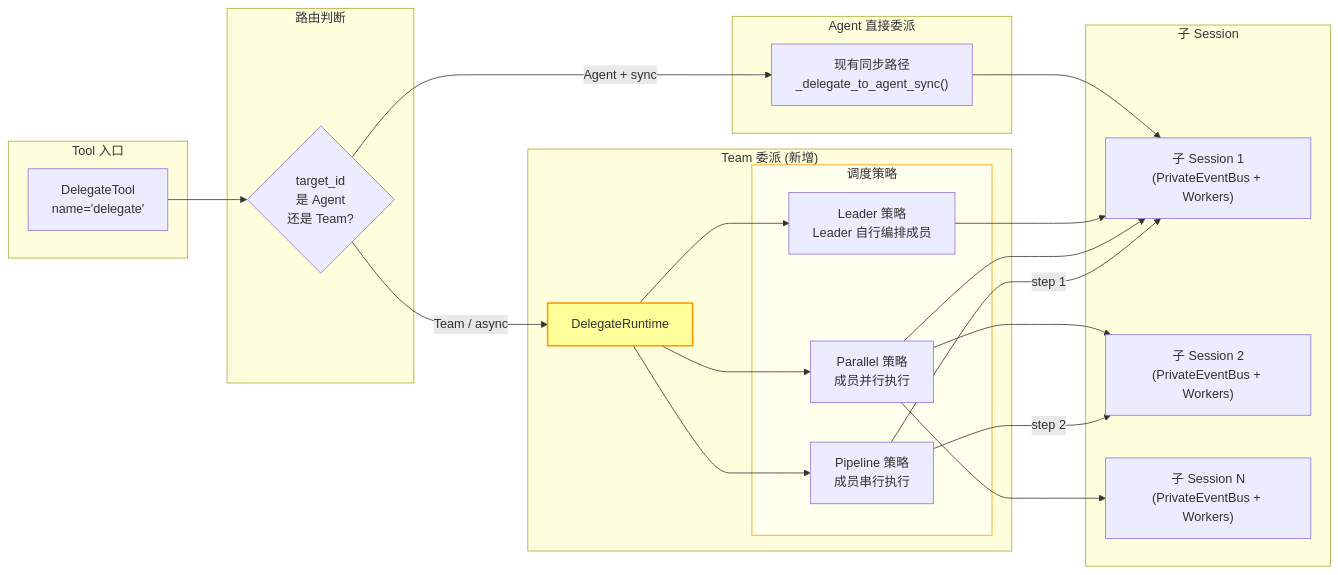
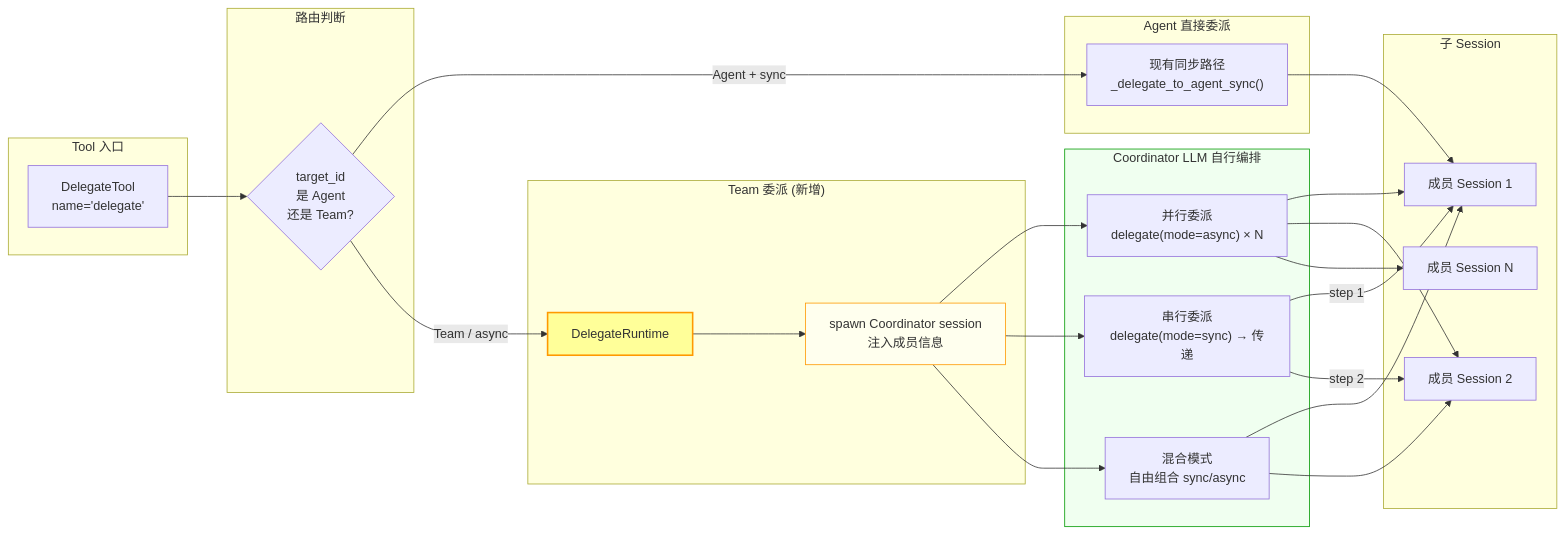
The second of 6 diagrams in docs/architecture/multi-agent-team-diagrams.md (SenseTime-FVG/sensenova-claw), drawn with Mermaid before and after one commit. The commit also changed other lines of this file and 1 other file, not shown here.

First line of the commit message:
docs: unify team delegation to single Coordinator model

````diff
--- a/docs/architecture/multi-agent-team-diagrams.md
+++ b/docs/architecture/multi-agent-team-diagrams.md
@@ -96,46 +112,51 @@
 ```mermaid
 graph LR
     subgraph 入口["Tool 入口"]
         DT["DelegateTool<br/>name='delegate'"]
     end
 
     subgraph 路由["路由判断"]
         R{"target_id<br/>是 Agent<br/>还是 Team?"}
     end
 
     subgraph Agent委派["Agent 直接委派"]
         AS["现有同步路径<br/>_delegate_to_agent_sync()"]
     end
 
     subgraph Team委派["Team 委派 (新增)"]
         DR["DelegateRuntime"]
-        subgraph 策略["调度策略"]
-            LS["Leader 策略<br/>Leader 自行编排成员"]
-            PS["Parallel 策略<br/>成员并行执行"]
-            PPS["Pipeline 策略<br/>成员串行执行"]
-        end
+        CO["spawn Coordinator session<br/>注入成员信息"]
+    end
+
+    subgraph Coordinator决策["Coordinator LLM 自行编排"]
+        PA["并行委派<br/>delegate(mode=async) × N"]
+        SE["串行委派<br/>delegate(mode=sync) → 传递"]
+        MX["混合模式<br/>自由组合 sync/async"]
     end
 
     subgraph 子Session["子 Session"]
-        CS1["子 Session 1<br/>(PrivateEventBus + Workers)"]
-        CS2["子 Session 2<br/>(PrivateEventBus + Workers)"]
-        CS3["子 Session N<br/>(PrivateEventBus + Workers)"]
+        CS1["成员 Session 1"]
+        CS2["成员 Session 2"]
+        CS3["成员 Session N"]
     end
 
     DT --> R
     R -->|"Agent + sync"| AS
     R -->|"Team / async"| DR
     AS --> CS1
-    DR --> LS
-    DR --> PS
-    DR --> PPS
-    LS --> CS1
-    PS --> CS1
-    PS --> CS2
-    PS --> CS3
-    PPS -->|"step 1"| CS1
-    PPS -->|"step 2"| CS2
+    DR --> CO
+    CO --> PA
+    CO --> SE
+    CO --> MX
+    PA --> CS1
+    PA --> CS2
+    PA --> CS3
+    SE -->|"step 1"| CS1
+    SE -->|"step 2"| CS2
+    MX --> CS1
+    MX --> CS2
 
     style DR fill:#ff9,stroke:#f90,stroke-width:2px
-    style 策略 fill:#ffe,stroke:#f90
+    style CO fill:#ffe,stroke:#f90
+    style Coordinator决策 fill:#f0fff0,stroke:#090
 ```
````
